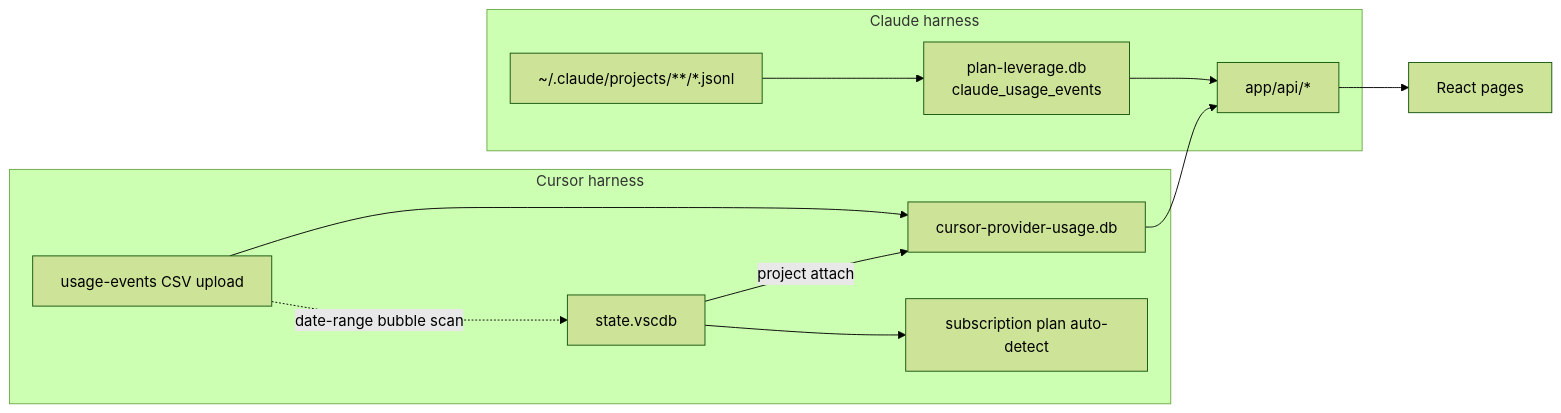
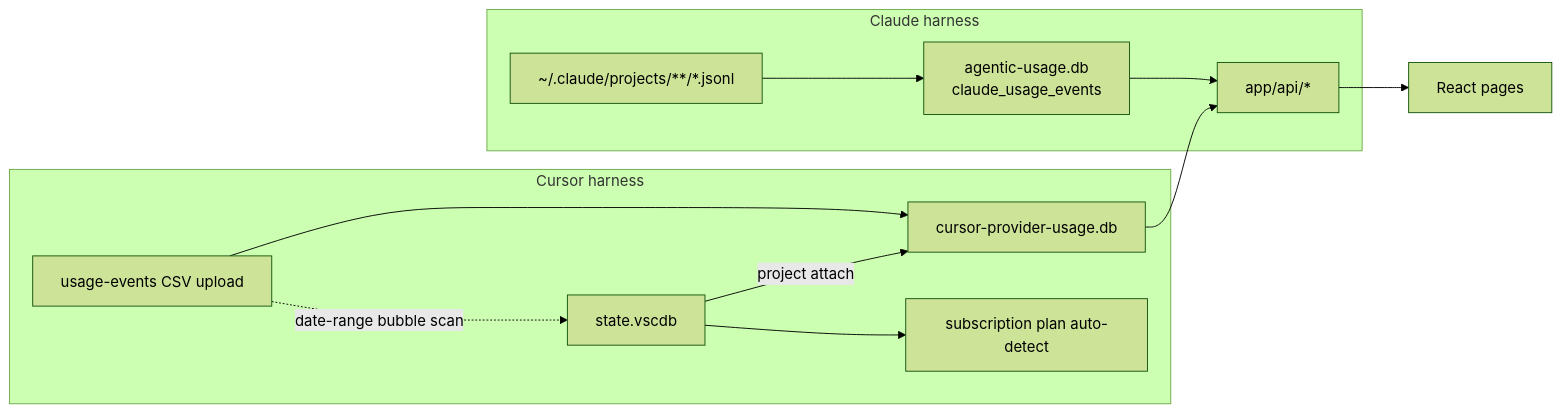
One commit to eladdromy/agentic-usage changed the diagram in docs/architecture.md. Above: the diagram before and after it, drawn with Mermaid (forest theme). The commit also changed other lines of this file and 26 other files, not shown here.

Commit message:
Rename the project to Agentic Usage with open-source README and PolyForm license.

````diff
--- a/docs/architecture.md
+++ b/docs/architecture.md
@@ -7,24 +7,24 @@
 ```mermaid
 flowchart LR
   subgraph claude [Claude harness]
     JSONL["~/.claude/projects/**/*.jsonl"]
-    ClaudeDB["plan-leverage.db\nclaude_usage_events"]
+    ClaudeDB["agentic-usage.db\nclaude_usage_events"]
     JSONL --> ClaudeDB
     ClaudeDB --> API
   end
 
   subgraph cursor [Cursor harness]
     CSV["usage-events CSV upload"]
     BillingDB["cursor-provider-usage.db"]
     VSCDB["state.vscdb"]
     CSV --> BillingDB
     BillingDB --> API
     CSV -.->|"date-range bubble scan"| VSCDB
     VSCDB -->|"project attach"| BillingDB
     VSCDB --> Plan["subscription plan auto-detect"]
   end
 
   API["app/api/*"]
   UI["React pages"]
   API --> UI
 ```
````
